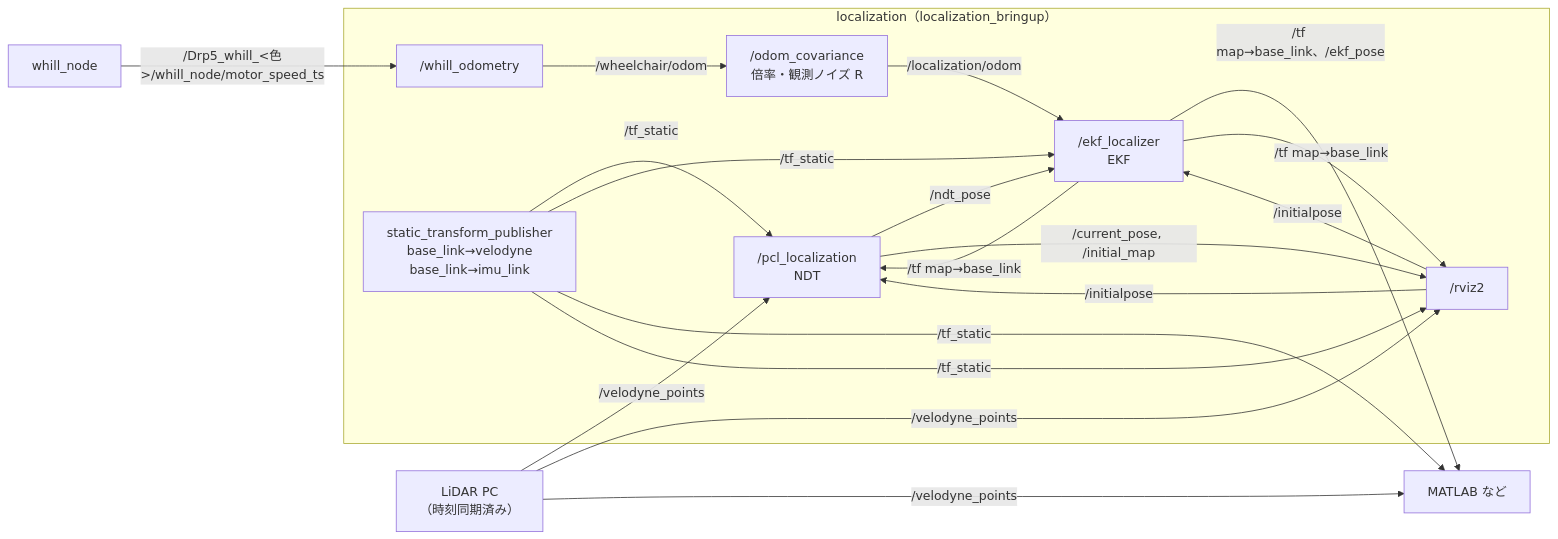
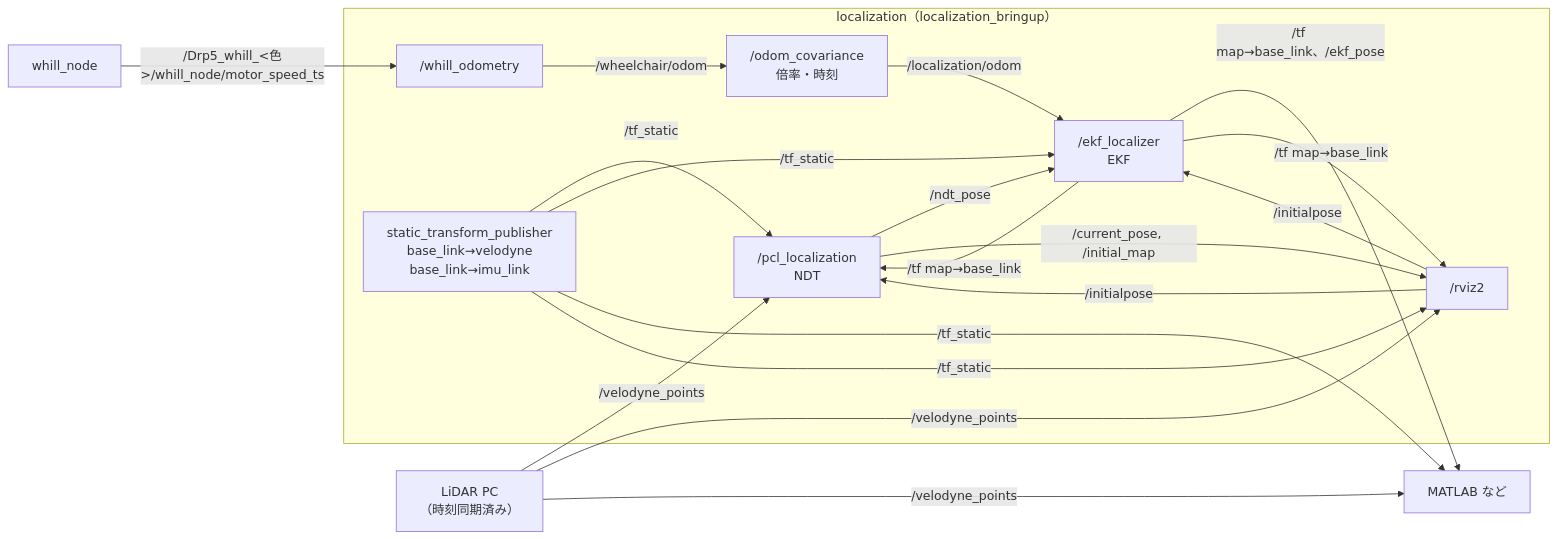
One commit to MaeharaTakumi/localization_bringup changed the second of 3 diagrams in docs/node_graph.md. Above: the diagram before and after it, drawn with Mermaid. The commit also changed other lines of this file and 7 other files, not shown here.

Commit message:
odom_covariance only applies scale and stamp; odometry noise moved to ekf_localizer

````diff
--- a/docs/node_graph.md
+++ b/docs/node_graph.md
@@ -63,35 +63,35 @@
 ```mermaid
 flowchart LR
   lidar["LiDAR PC<br/>（時刻同期済み）"]
   whill["whill_node"]
   subgraph LOC["localization（localization_bringup）"]
     wodom["/whill_odometry"]
     stf["static_transform_publisher<br/>base_link→velodyne<br/>base_link→imu_link"]
     ndt["/pcl_localization<br/>NDT"]
-    ocov["/odom_covariance<br/>倍率・観測ノイズ R"]
+    ocov["/odom_covariance<br/>倍率・時刻"]
     ekf["/ekf_localizer<br/>EKF"]
     rviz["/rviz2"]
   end
 
   user["MATLAB など"]
 
   lidar -->|"/velodyne_points"| ndt
   whill -->|"/Drp5_whill_&lt;色&gt;/whill_node/motor_speed_ts"| wodom
   wodom -->|"/wheelchair/odom"| ocov
   ocov -->|"/localization/odom"| ekf
   stf -->|"/tf_static"| ndt
   stf -->|"/tf_static"| ekf
 
   ndt -->|"/ndt_pose"| ekf
   ekf -->|"/tf map→base_link"| ndt
   ekf -->|"/tf map→base_link、/ekf_pose"| user
   stf -->|"/tf_static"| user
   lidar -->|"/velodyne_points"| user
 
   lidar -->|"/velodyne_points"| rviz
   ndt -->|"/current_pose, /initial_map"| rviz
   ekf -->|"/tf map→base_link"| rviz
   stf -->|"/tf_static"| rviz
   rviz -->|"/initialpose"| ndt
   rviz -->|"/initialpose"| ekf
 ```
````
